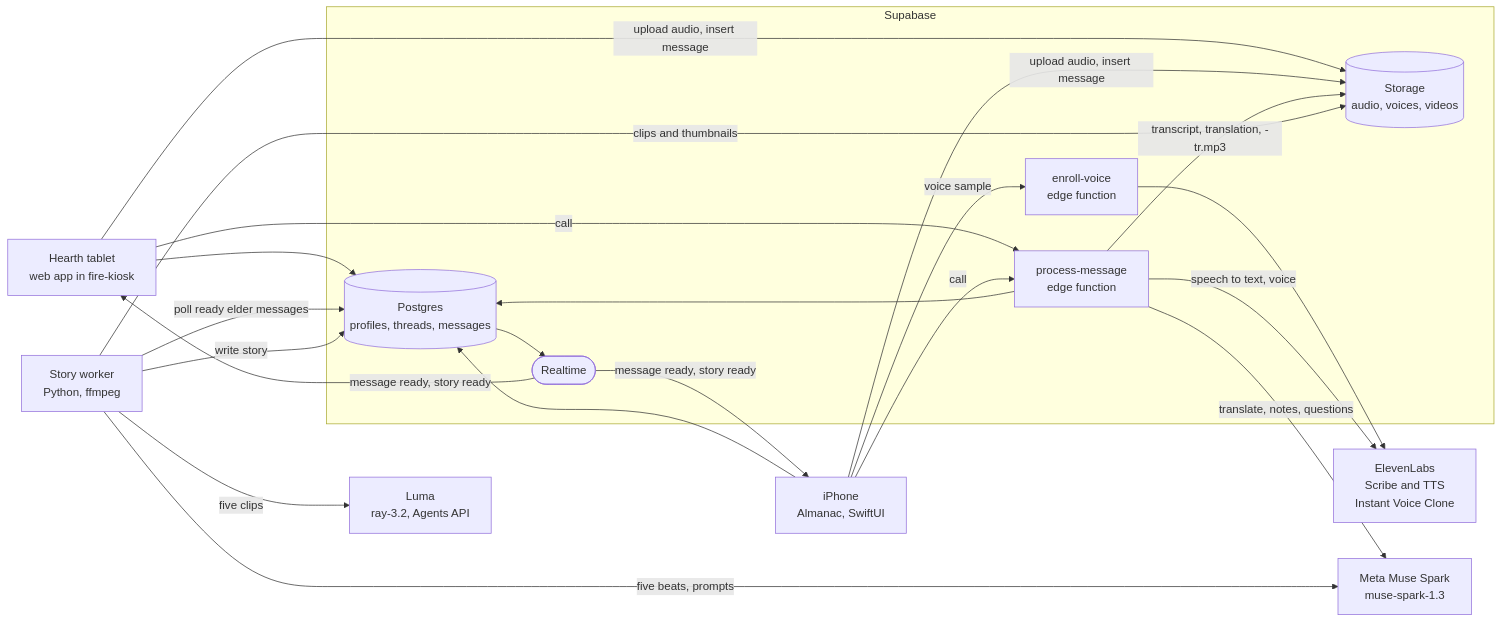
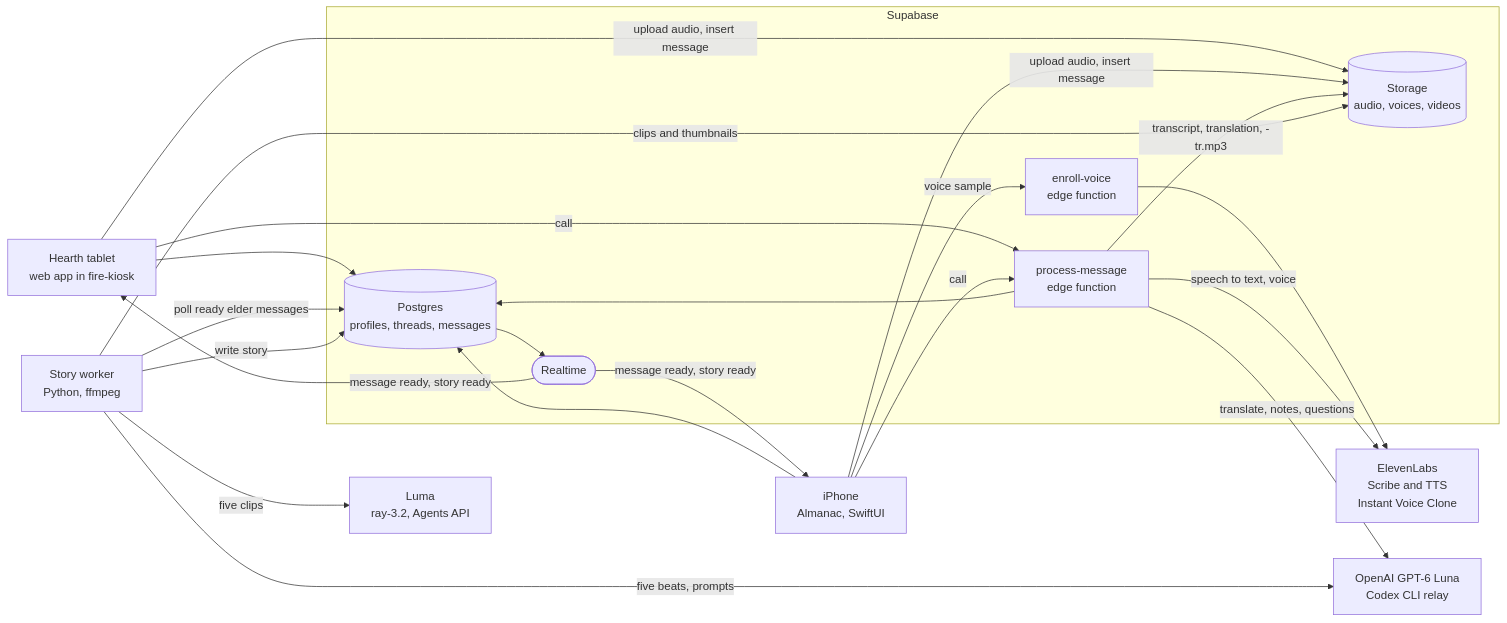
Before and after one commit to advegaf/kinn: the diagram in docs/ARCHITECTURE.md, drawn with Mermaid. The commit also changed other lines of this file and 19 other files, not shown here.

First line of the commit message:
Run the LLM step on the ChatGPT subscription through a codex relay

````diff
--- a/docs/ARCHITECTURE.md
+++ b/docs/ARCHITECTURE.md
@@ -7,39 +7,39 @@
 ```mermaid
 flowchart LR
   hearth["Hearth tablet<br/>web app in fire-kiosk"]
   iphone["iPhone<br/>Almanac, SwiftUI"]
 
   subgraph supa["Supabase"]
     storage[("Storage<br/>audio, voices, videos")]
     db[("Postgres<br/>profiles, threads, messages")]
     rt(["Realtime"])
     pm["process-message<br/>edge function"]
     ev["enroll-voice<br/>edge function"]
   end
 
   worker["Story worker<br/>Python, ffmpeg"]
   el["ElevenLabs<br/>Scribe and TTS<br/>Instant Voice Clone"]
-  muse["Meta Muse Spark<br/>muse-spark-1.3"]
+  muse["OpenAI GPT-6 Luna<br/>Codex CLI relay"]
   luma["Luma<br/>ray-3.2, Agents API"]
 
   hearth -- "upload audio, insert message" --> storage
   hearth --> db
   iphone -- "upload audio, insert message" --> storage
   iphone --> db
   hearth -- "call" --> pm
   iphone -- "call" --> pm
   iphone -- "voice sample" --> ev
   ev --> el
   pm -- "speech to text, voice" --> el
   pm -- "translate, notes, questions" --> muse
   pm -- "transcript, translation, -tr.mp3" --> storage
   pm --> db
   worker -- "poll ready elder messages" --> db
   worker -- "five beats, prompts" --> muse
   worker -- "five clips" --> luma
   worker -- "clips and thumbnails" --> storage
   worker -- "write story" --> db
   db --> rt
   rt -- "message ready, story ready" --> hearth
   rt -- "message ready, story ready" --> iphone
 ```
````
